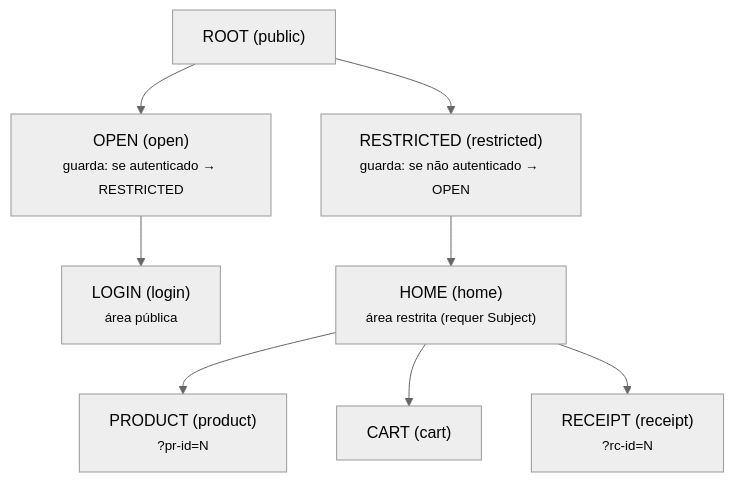
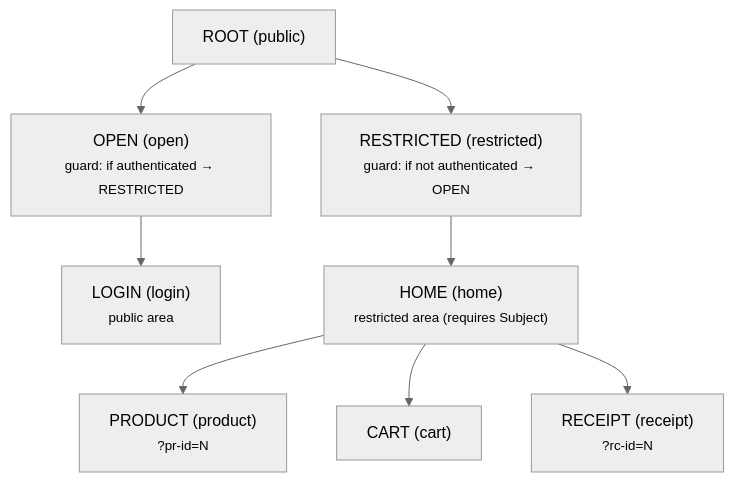
One commit to mrcdom/wdc-cube-java-v2 changed the second of 4 diagrams in fontes/br.com.wdc.shopping/br.com.wdc.shopping.presentation/README.md. Above: the diagram before and after it, drawn with Mermaid (neutral theme). The commit also changed other lines of this file and 69 other files, not shown here.

````diff
--- a/fontes/br.com.wdc.shopping/br.com.wdc.shopping.presentation/README.md
+++ b/fontes/br.com.wdc.shopping/br.com.wdc.shopping.presentation/README.md
@@ -70,11 +74,11 @@
 ```mermaid
 graph TD
     ROOT["ROOT (public)"]
-    ROOT --> OPEN["OPEN (open)<br/><small>guarda: se autenticado → RESTRICTED</small>"]
-    ROOT --> RESTRICTED["RESTRICTED (restricted)<br/><small>guarda: se não autenticado → OPEN</small>"]
-    OPEN --> LOGIN["LOGIN (login)<br/><small>área pública</small>"]
-    RESTRICTED --> HOME["HOME (home)<br/><small>área restrita (requer Subject)</small>"]
+    ROOT --> OPEN["OPEN (open)<br/><small>guard: if authenticated → RESTRICTED</small>"]
+    ROOT --> RESTRICTED["RESTRICTED (restricted)<br/><small>guard: if not authenticated → OPEN</small>"]
+    OPEN --> LOGIN["LOGIN (login)<br/><small>public area</small>"]
+    RESTRICTED --> HOME["HOME (home)<br/><small>restricted area (requires Subject)</small>"]
     HOME --> PRODUCT["PRODUCT (product)<br/><small>?pr-id=N</small>"]
     HOME --> CART["CART (cart)"]
     HOME --> RECEIPT["RECEIPT (receipt)<br/><small>?rc-id=N</small>"]
 ```
````
